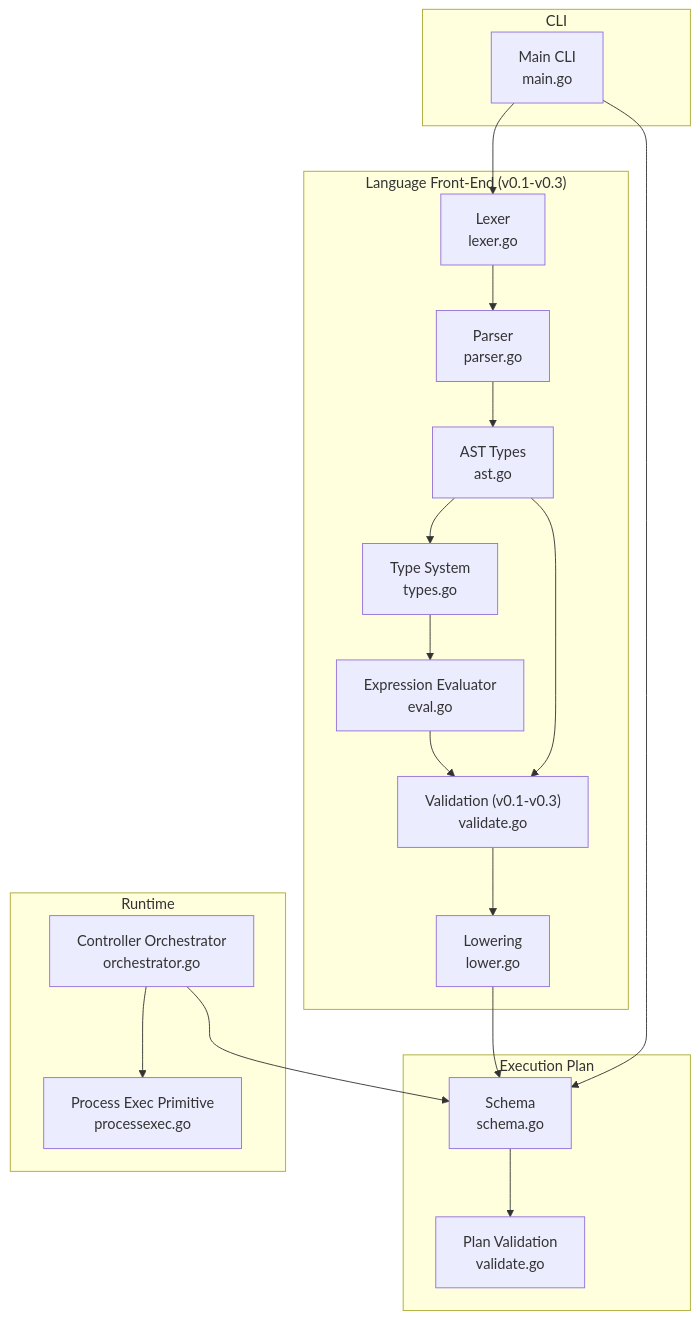
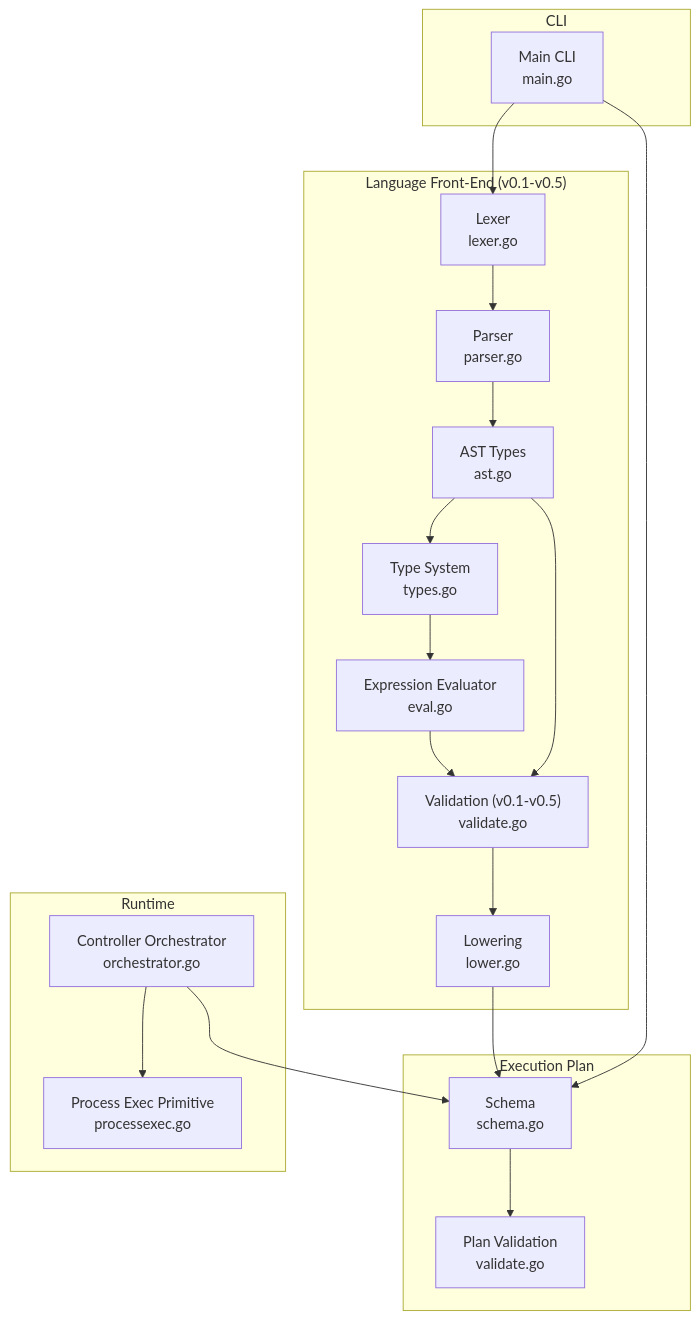
The first of 5 diagrams in .qoder/repowiki/en/content/.devops Language Reference/.devops Language Reference.md (ahmednour1430464/dotdevops), drawn with Mermaid before and after one commit. The commit also changed other lines of this file and 12 other files, not shown here.

````diff
--- a/.qoder/repowiki/en/content/.devops Language Reference/.devops Language Reference.md
+++ b/.qoder/repowiki/en/content/.devops Language Reference/.devops Language Reference.md
@@ -61,30 +71,30 @@
 ```mermaid
 graph TB
-subgraph "Language Front-End (v0.1-v0.3)"
+subgraph "Language Front-End (v0.1-v0.5)"
 L["Lexer<br/>lexer.go"]
 P["Parser<br/>parser.go"]
 A["AST Types<br/>ast.go"]
-V["Validation (v0.1-v0.3)<br/>validate.go"]
+V["Validation (v0.1-v0.5)<br/>validate.go"]
 T["Type System<br/>types.go"]
 E["Expression Evaluator<br/>eval.go"]
 LB["Lowering<br/>lower.go"]
 end
 subgraph "Execution Plan"
 PS["Schema<br/>schema.go"]
 PV["Plan Validation<br/>validate.go"]
 end
 subgraph "Runtime"
 C["Controller Orchestrator<br/>orchestrator.go"]
 PE["Process Exec Primitive<br/>processexec.go"]
 end
 subgraph "CLI"
 M["Main CLI<br/>main.go"]
 end
 L --> P --> A --> T --> E --> V --> LB --> PS
 A --> V
 PS --> PV
 M --> L
 M --> PS
 C --> PS
 C --> PE
 ```
````
